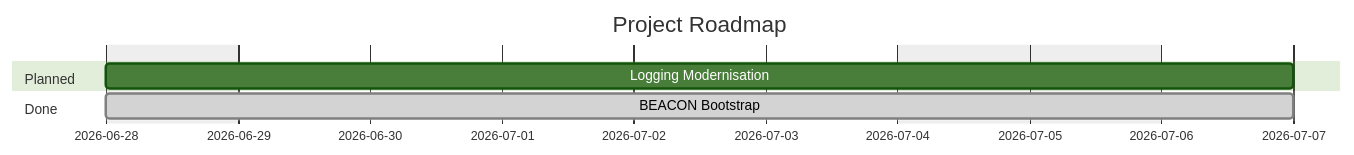
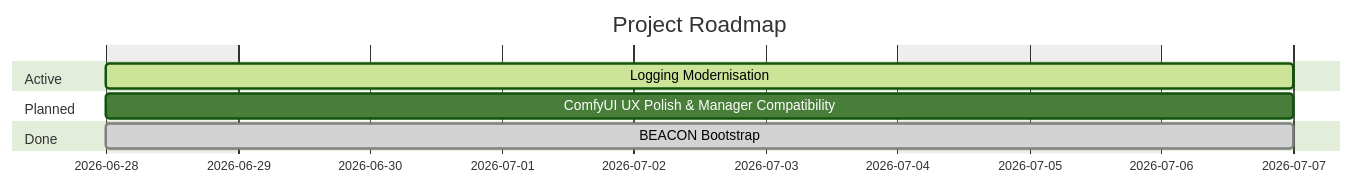
One commit to darth-veitcher/comfydv changed the diagram in ROADMAP.md. Above: the diagram before and after it, drawn with Mermaid (forest theme). The commit also changed other lines of this file, not shown here.

Commit message:
chore(roadmap): update Gantt chart and table for ux-and-install epic

````diff
--- a/ROADMAP.md
+++ b/ROADMAP.md
@@ -9,13 +9,16 @@
 ```mermaid
 gantt
     title Project Roadmap
     dateFormat  YYYY-MM-DD
     excludes    weekends
 
+    section Active
+    Logging Modernisation :active, logging-modernisation, 2026-06-28, 7d
+
     section Planned
-    Logging Modernisation :logging-modernisation, 2026-06-28, 7d
+    ComfyUI UX Polish & Manager Compatibility :ux-and-install, 2026-06-28, 7d
 
     section Done
     BEACON Bootstrap :done, beacon-bootstrap, 2026-06-28, 7d
 
 ```
````
